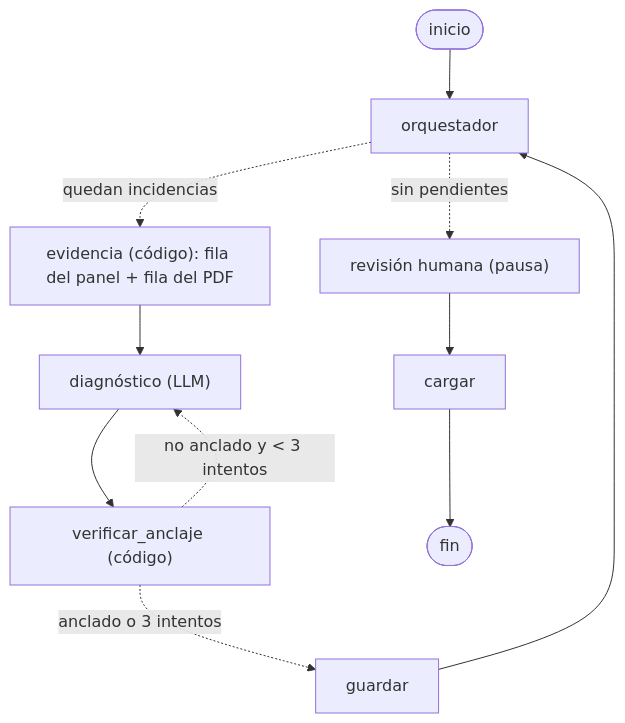
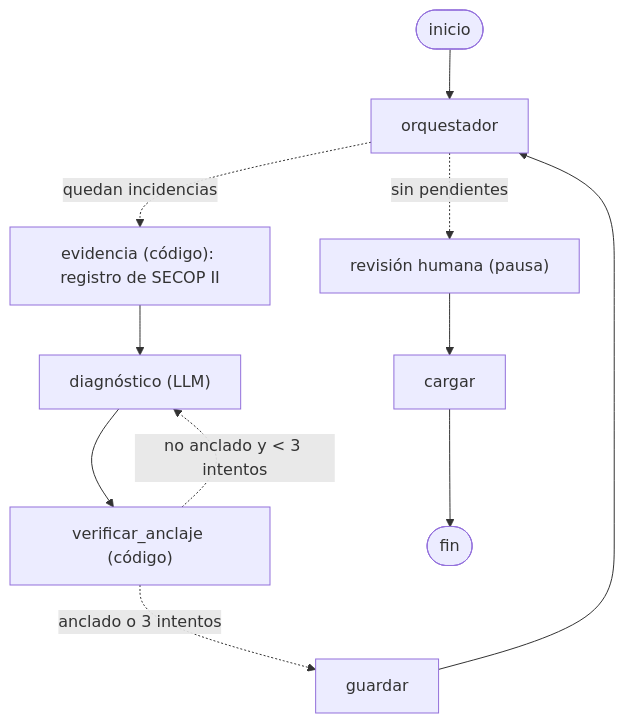
One commit to nata-carrero/incidencias changed the diagram in README.md. Above: the diagram before and after it, drawn with Mermaid. The commit also changed other lines of this file and 45 other files, not shown here.

````diff
--- a/README.md
+++ b/README.md
@@ -9,11 +9,11 @@
 ```mermaid
 graph TD
   inicio([inicio]) --> orquestador
   orquestador -. quedan incidencias .-> evidencia
-  evidencia["evidencia (código): fila del panel + fila del PDF"] --> diagnostico["diagnóstico (LLM)"]
+  evidencia["evidencia (código): registro de SECOP II"] --> diagnostico["diagnóstico (LLM)"]
   diagnostico --> verificar["verificar_anclaje (código)"]
   verificar -. no anclado y < 3 intentos .-> diagnostico
   verificar -. anclado o 3 intentos .-> guardar --> orquestador
   orquestador -. sin pendientes .-> revision["revisión humana (pausa)"]
   revision --> cargar --> fin([fin])
 ```
````
